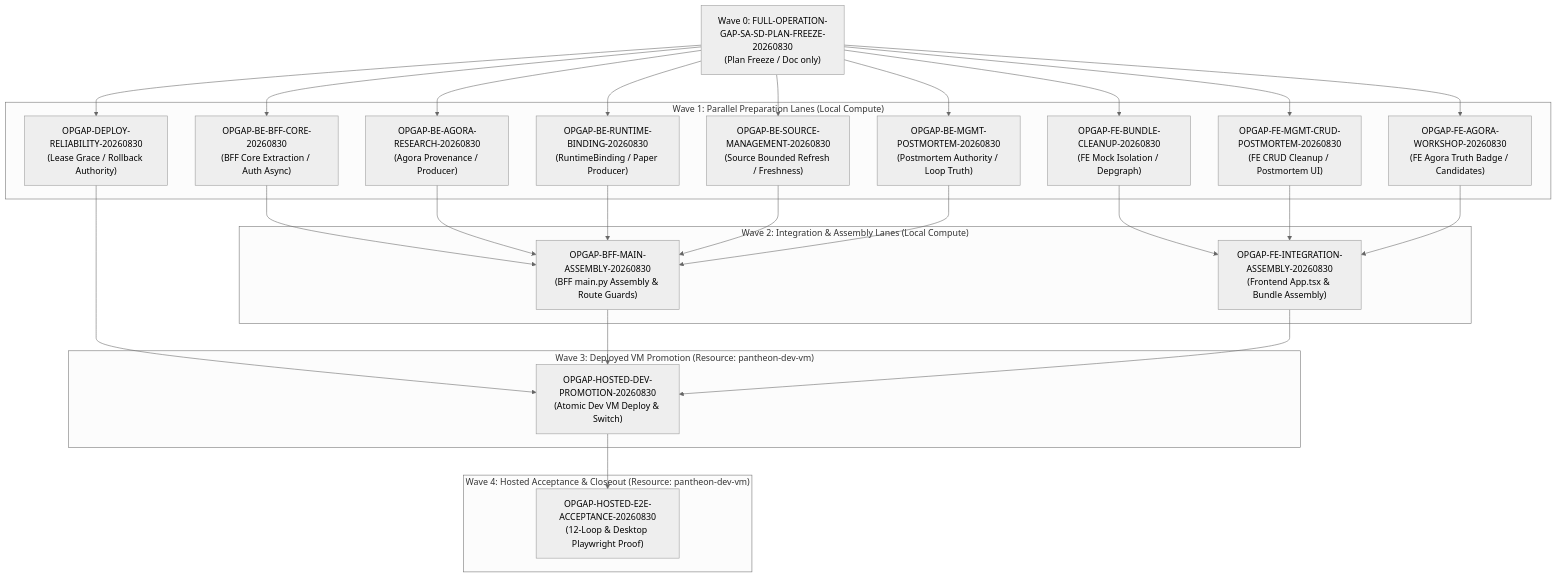
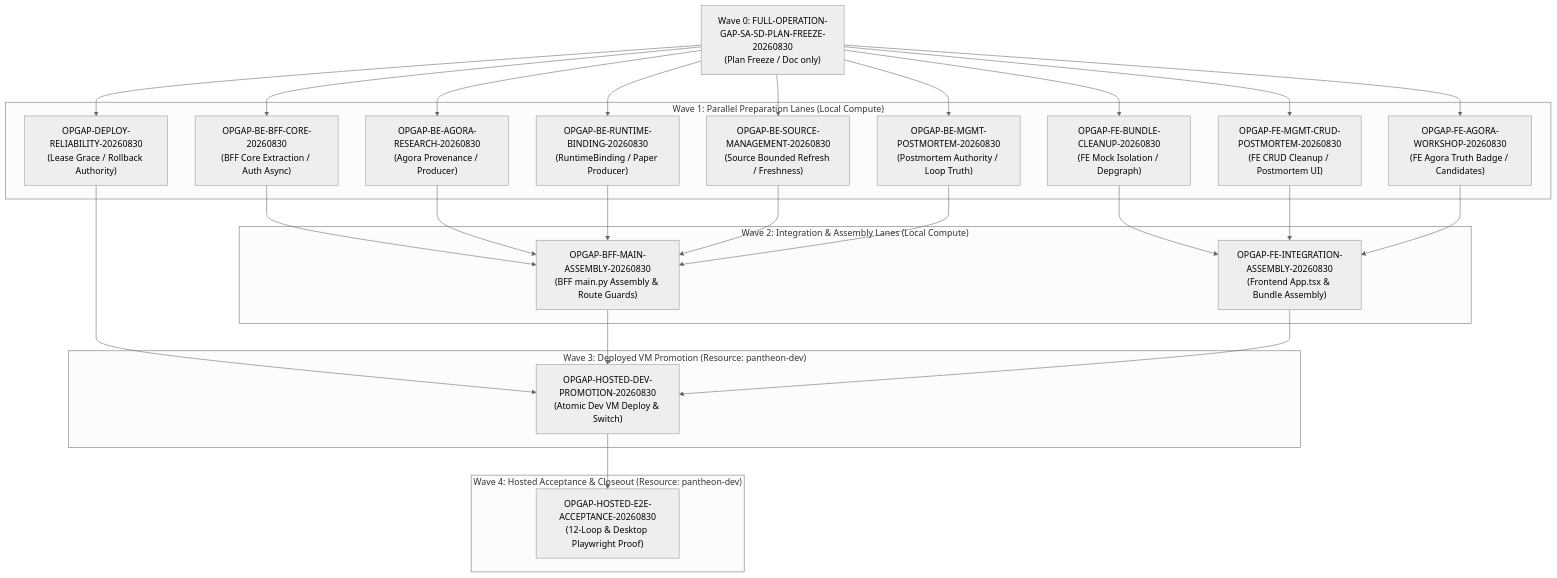
The diagram in docs/04/pantheon_full_product_operation_audit_2026-08-29/EXECUTION_DAG_2026-08-30.md (ajoe734/pantheon), drawn with Mermaid (neutral theme) before and after one commit. The commit also changed other lines of this file and 5 other files, not shown here.

````diff
--- a/docs/04/pantheon_full_product_operation_audit_2026-08-29/EXECUTION_DAG_2026-08-30.md
+++ b/docs/04/pantheon_full_product_operation_audit_2026-08-29/EXECUTION_DAG_2026-08-30.md
@@ -34,55 +34,55 @@
 ```mermaid
 flowchart TD
     W0["Wave 0: FULL-OPERATION-GAP-SA-SD-PLAN-FREEZE-20260830<br/>(Plan Freeze / Doc only)"]
 
     subgraph Wave1 ["Wave 1: Parallel Preparation Lanes (Local Compute)"]
         T1["OPGAP-BE-BFF-CORE-20260830<br/>(BFF Core Extraction / Auth Async)"]
         T2["OPGAP-BE-AGORA-RESEARCH-20260830<br/>(Agora Provenance / Producer)"]
         T3["OPGAP-BE-RUNTIME-BINDING-20260830<br/>(RuntimeBinding / Paper Producer)"]
         T4["OPGAP-BE-SOURCE-MANAGEMENT-20260830<br/>(Source Bounded Refresh / Freshness)"]
         T5["OPGAP-BE-MGMT-POSTMORTEM-20260830<br/>(Postmortem Authority / Loop Truth)"]
         T6["OPGAP-FE-BUNDLE-CLEANUP-20260830<br/>(FE Mock Isolation / Depgraph)"]
         T7["OPGAP-FE-MGMT-CRUD-POSTMORTEM-20260830<br/>(FE CRUD Cleanup / Postmortem UI)"]
         T8["OPGAP-FE-AGORA-WORKSHOP-20260830<br/>(FE Agora Truth Badge / Candidates)"]
         T9["OPGAP-DEPLOY-RELIABILITY-20260830<br/>(Lease Grace / Rollback Authority)"]
     end
 
     subgraph Wave2 ["Wave 2: Integration & Assembly Lanes (Local Compute)"]
         T10["OPGAP-BFF-MAIN-ASSEMBLY-20260830<br/>(BFF main.py Assembly & Route Guards)"]
         T11["OPGAP-FE-INTEGRATION-ASSEMBLY-20260830<br/>(Frontend App.tsx & Bundle Assembly)"]
     end
 
-    subgraph Wave3 ["Wave 3: Deployed VM Promotion (Resource: pantheon-dev-vm)"]
+    subgraph Wave3 ["Wave 3: Deployed VM Promotion (Resource: pantheon-dev)"]
         T12["OPGAP-HOSTED-DEV-PROMOTION-20260830<br/>(Atomic Dev VM Deploy & Switch)"]
     end
 
-    subgraph Wave4 ["Wave 4: Hosted Acceptance & Closeout (Resource: pantheon-dev-vm)"]
+    subgraph Wave4 ["Wave 4: Hosted Acceptance & Closeout (Resource: pantheon-dev)"]
         T13["OPGAP-HOSTED-E2E-ACCEPTANCE-20260830<br/>(12-Loop & Desktop Playwright Proof)"]
     end
 
     W0 --> T1
     W0 --> T2
     W0 --> T3
     W0 --> T4
     W0 --> T5
     W0 --> T6
     W0 --> T7
     W0 --> T8
     W0 --> T9
 
     T1 --> T10
     T2 --> T10
     T3 --> T10
     T4 --> T10
     T5 --> T10
 
     T6 --> T11
     T7 --> T11
     T8 --> T11
 
     T9 --> T12
     T10 --> T12
     T11 --> T12
 
     T12 --> T13
 ```
````
